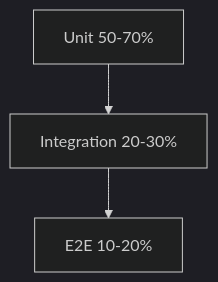
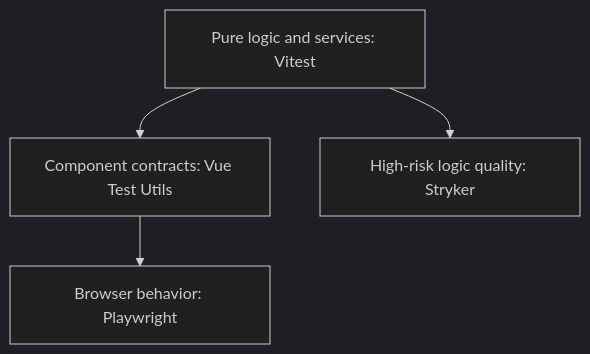
One commit to Mioframe/mioframe changed the diagram in DEVELOPMENT.md. Above: the diagram before and after it, drawn with Mermaid (dark theme). The commit also changed other lines of this file, not shown here.

````diff
--- a/DEVELOPMENT.md
+++ b/DEVELOPMENT.md
@@ -145,5 +149,6 @@
 ```mermaid
 graph TB
-    A[Unit 50-70%] --> B[Integration 20-30%]
-    B --> C[E2E 10-20%]
+    A[Pure logic and services: Vitest] --> B[Component contracts: Vue Test Utils]
+    B --> C[Browser behavior: Playwright]
+    A --> D[High-risk logic quality: Stryker]
 ```
````
